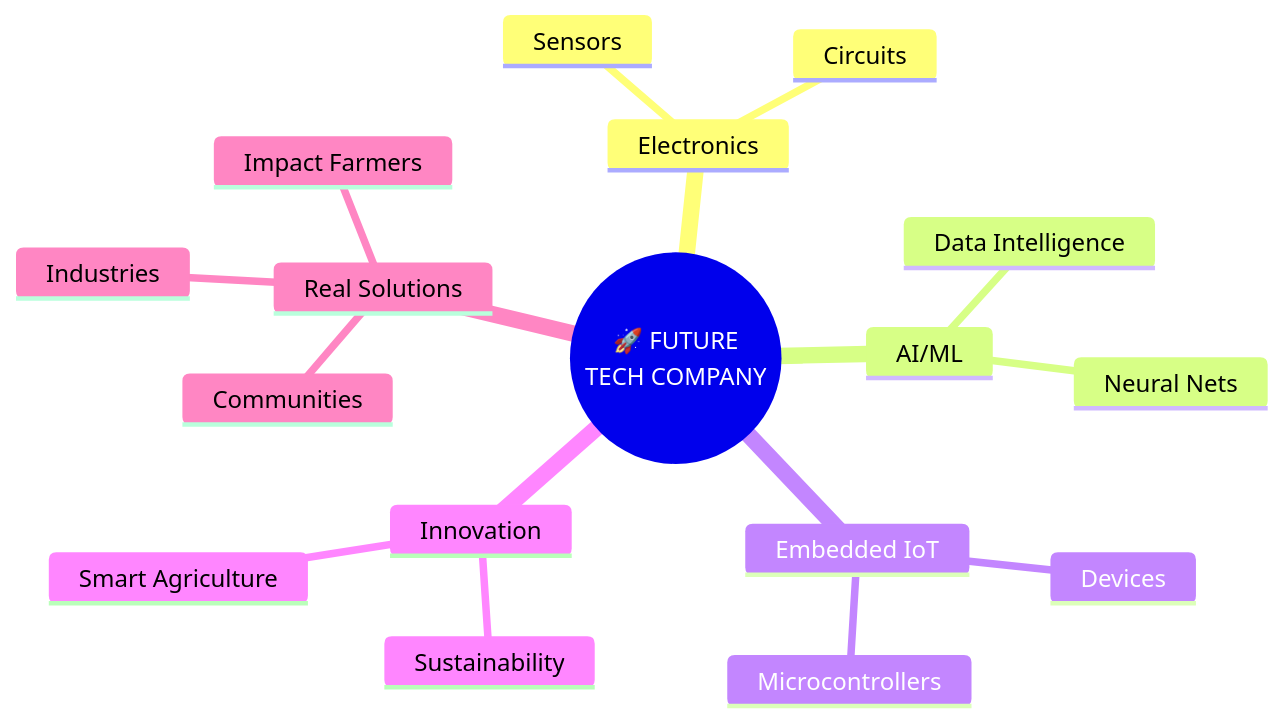
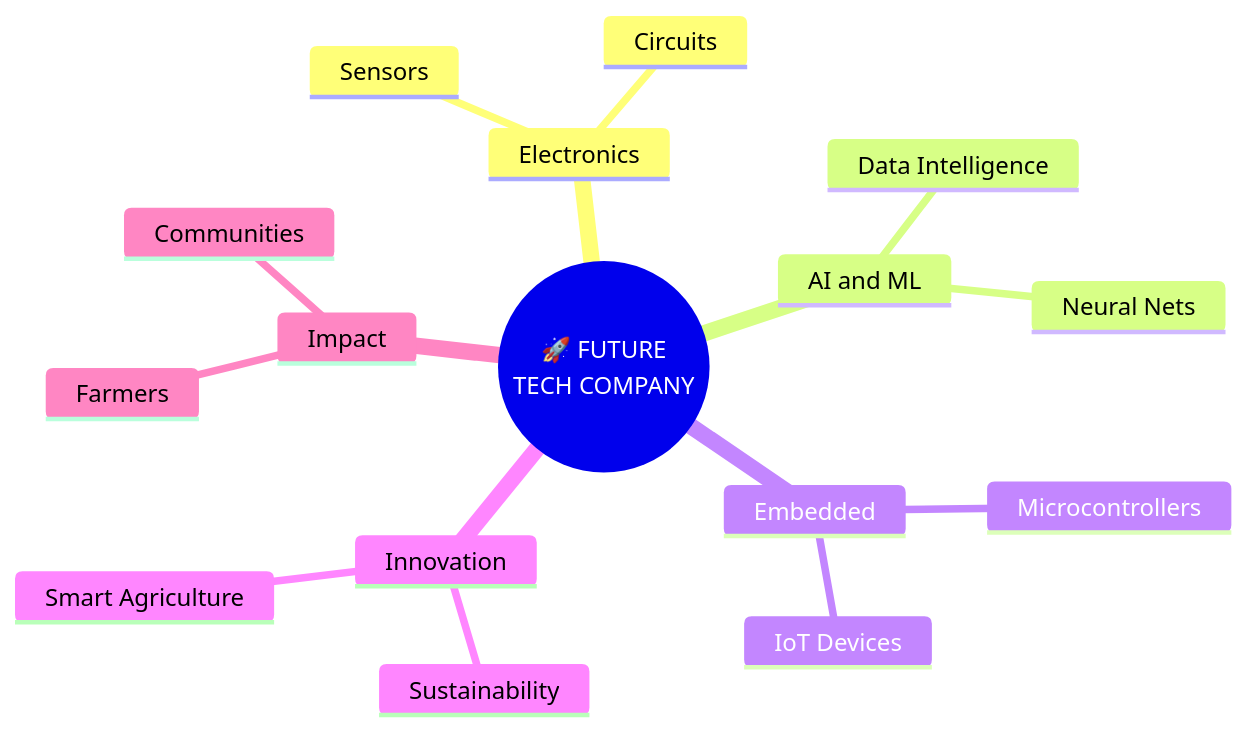
One commit to sabeeshvar/Portfolio changed the second of 2 diagrams in README.md. Above: the diagram before and after it, drawn with Mermaid. The commit also changed other lines of this file, not shown here.

````diff
--- a/README.md
+++ b/README.md
@@ -602,20 +596,19 @@
 ```mermaid
 mindmap
   root((🚀 FUTURE<br/>TECH COMPANY))
     Electronics
       Sensors
       Circuits
-    AI/ML
+    AI and ML
       Neural Nets
       Data Intelligence
-    Embedded IoT
-      Devices
+    Embedded
+      IoT Devices
       Microcontrollers
     Innovation
       Smart Agriculture
       Sustainability
-    Real Solutions
-      Impact Farmers
+    Impact
+      Farmers
       Communities
-      Industries
 ```
````
